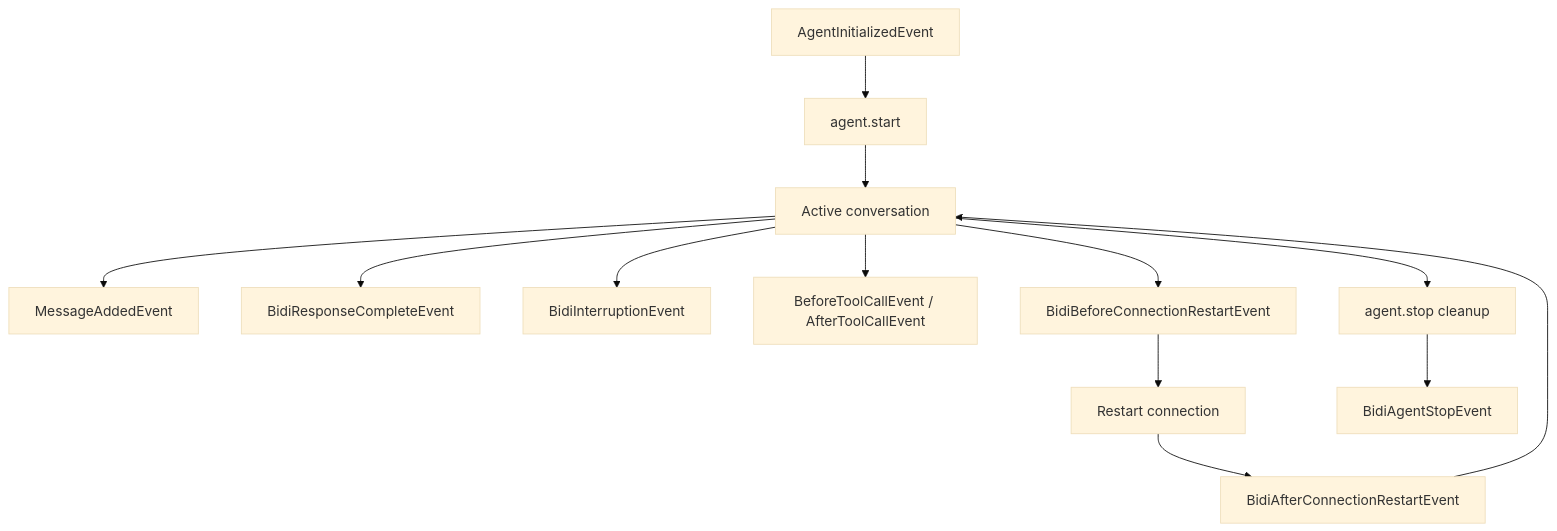
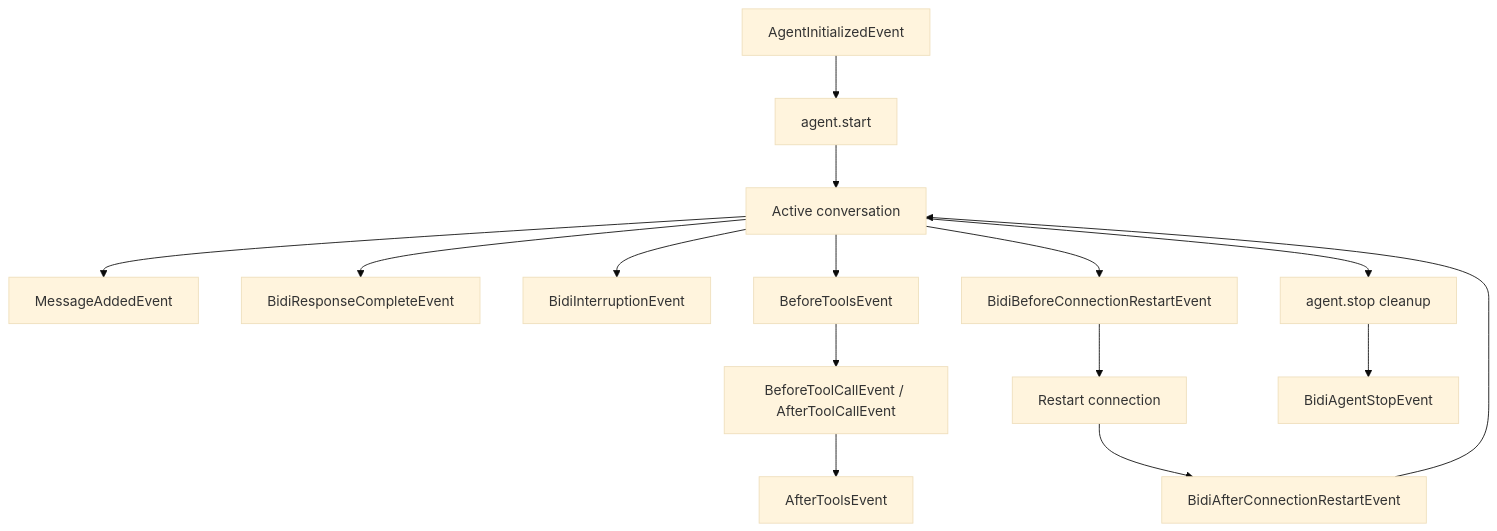
One commit to mehtarac/sdk-python changed the diagram in site/src/content/docs/user-guide/concepts/bidirectional-streaming/hooks.mdx. Above: the diagram before and after it, drawn with Mermaid (base theme). The commit also changed other lines of this file and 28 other files, not shown here.

````diff
--- a/site/src/content/docs/user-guide/concepts/bidirectional-streaming/hooks.mdx
+++ b/site/src/content/docs/user-guide/concepts/bidirectional-streaming/hooks.mdx
@@ -140,15 +189,17 @@
 ```mermaid
 flowchart TB
     Init[AgentInitializedEvent] --> Start[agent.start]
     Start --> Running[Active conversation]
     Running --> Message[MessageAddedEvent]
     Running --> Response[BidiResponseCompleteEvent]
     Running --> Interruption[BidiInterruptionEvent]
-    Running --> Tools[BeforeToolCallEvent / AfterToolCallEvent]
+    Running --> BeforeTools[BeforeToolsEvent]
+    BeforeTools --> Tools[BeforeToolCallEvent / AfterToolCallEvent]
+    Tools --> AfterTools[AfterToolsEvent]
     Running --> BeforeRestart[BidiBeforeConnectionRestartEvent]
     BeforeRestart --> Restart[Restart connection]
     Restart --> AfterRestart[BidiAfterConnectionRestartEvent]
     AfterRestart --> Running
     Running --> Stop[agent.stop cleanup]
     Stop --> Stopped[BidiAgentStopEvent]
 ```
````
